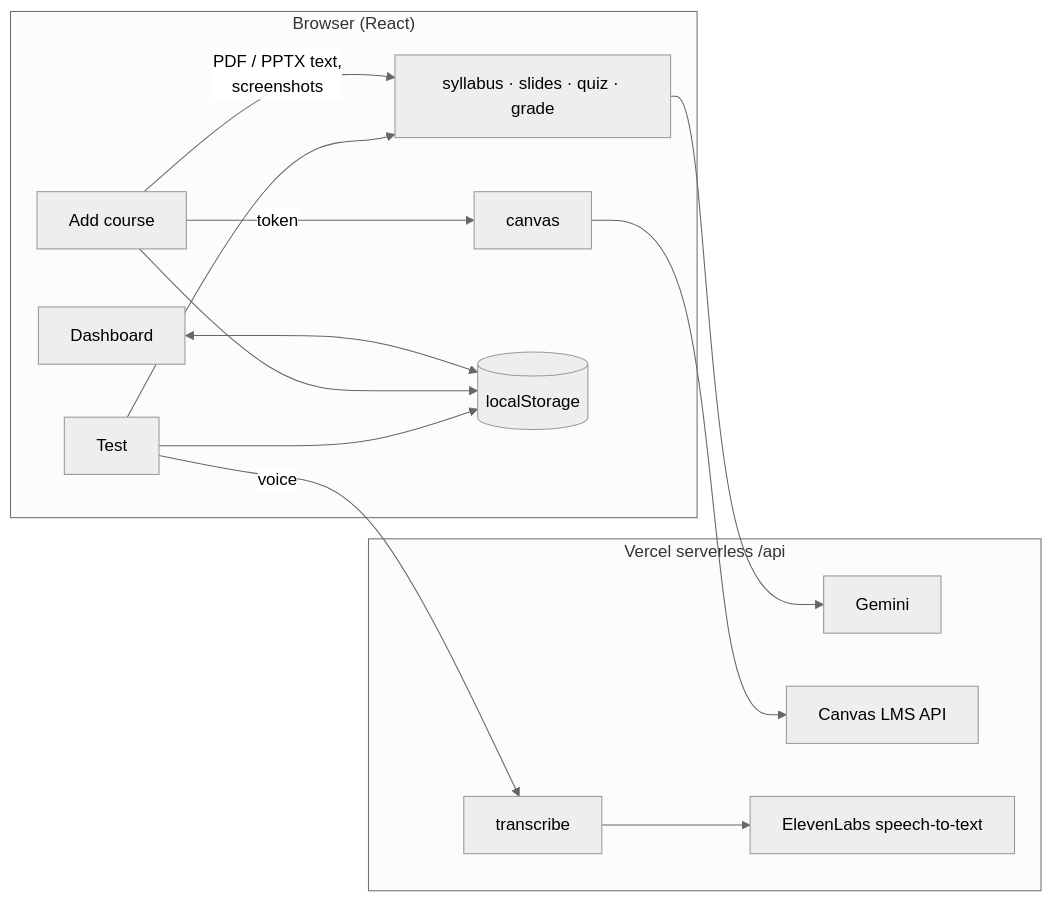
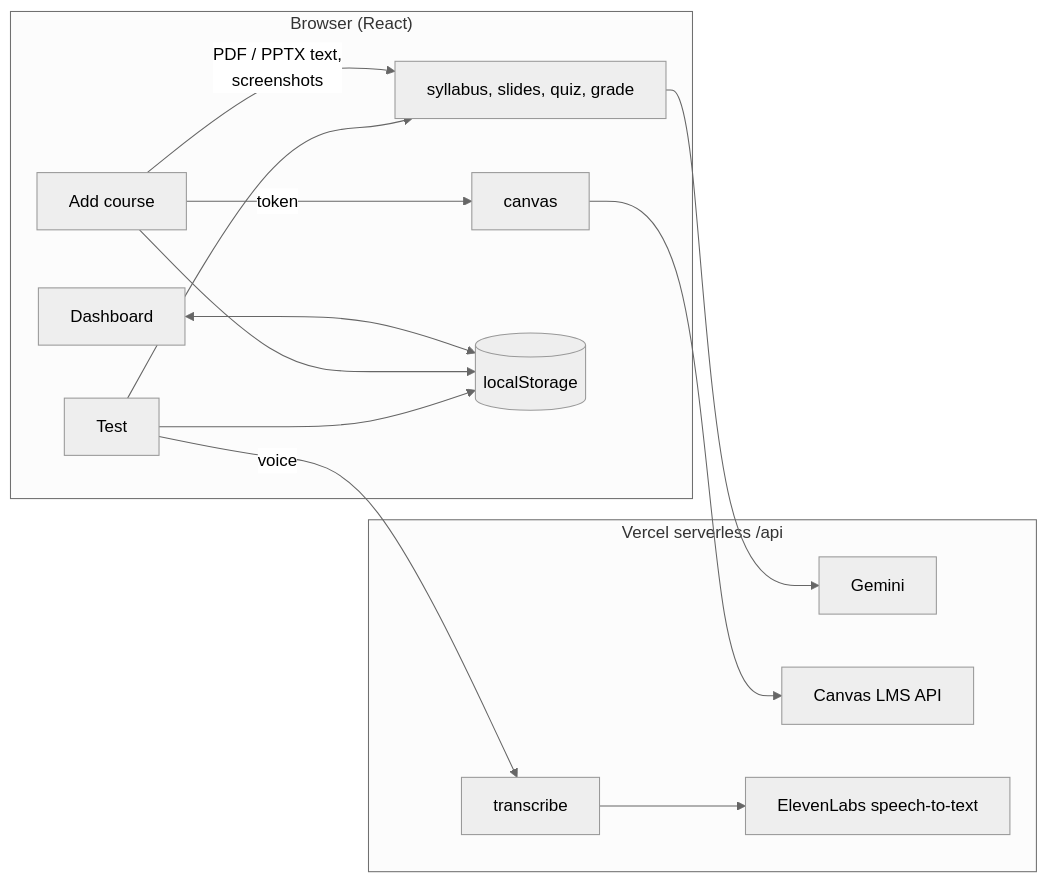
One commit to LockedI-n/LockedIn changed the diagram in README.md. Above: the diagram before and after it, drawn with Mermaid (neutral theme). The commit also changed other lines of this file, not shown here.

````diff
--- a/README.md
+++ b/README.md
@@ -54,17 +58,17 @@
 ```mermaid
 flowchart LR
   subgraph Browser["Browser (React)"]
     A[Add course] -->|PDF / PPTX text,<br/>screenshots| API
     A -->|token| CV
     D[Dashboard] <--> LS[(localStorage)]
     T[Test] --> API
     A --> LS
     T --> LS
   end
   subgraph Vercel["Vercel serverless /api"]
-    API[syllabus · slides · quiz · grade] --> G[Gemini]
+    API[syllabus, slides, quiz, grade] --> G[Gemini]
     CV[canvas] --> C[Canvas LMS API]
     TR[transcribe] --> E[ElevenLabs speech-to-text]
   end
   T -->|voice| TR
 ```
````
